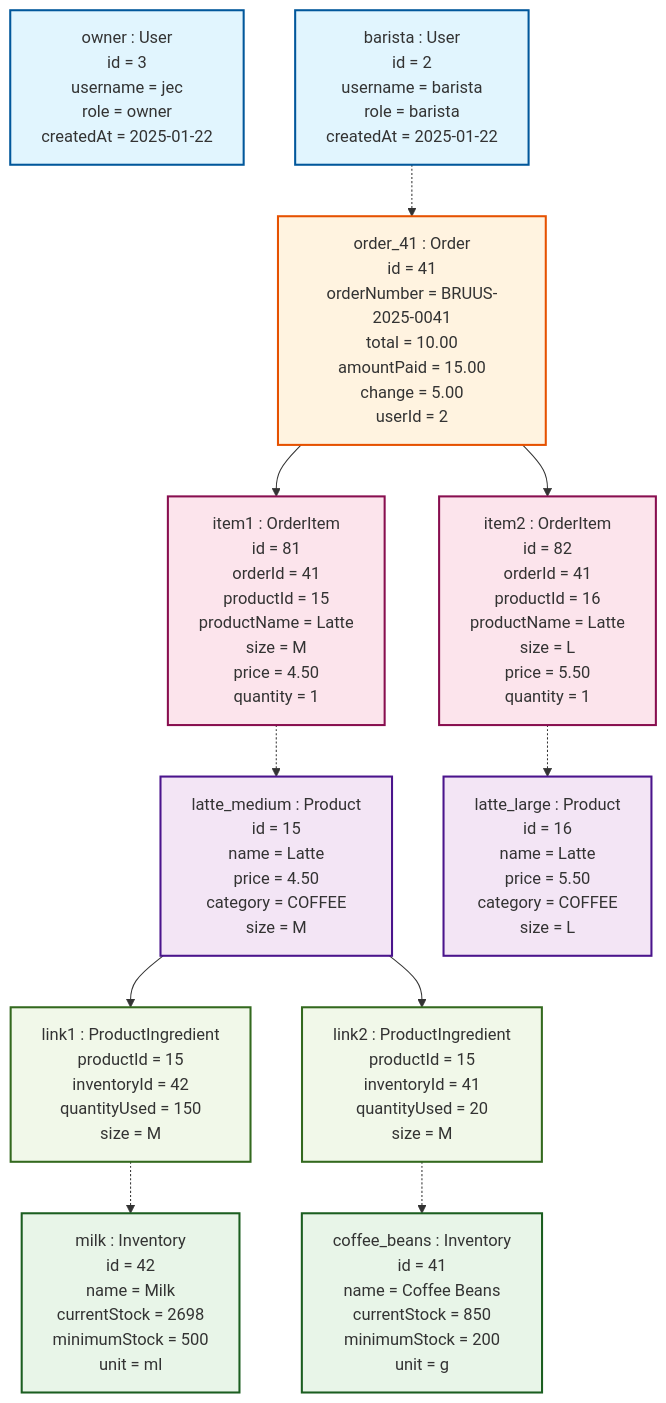
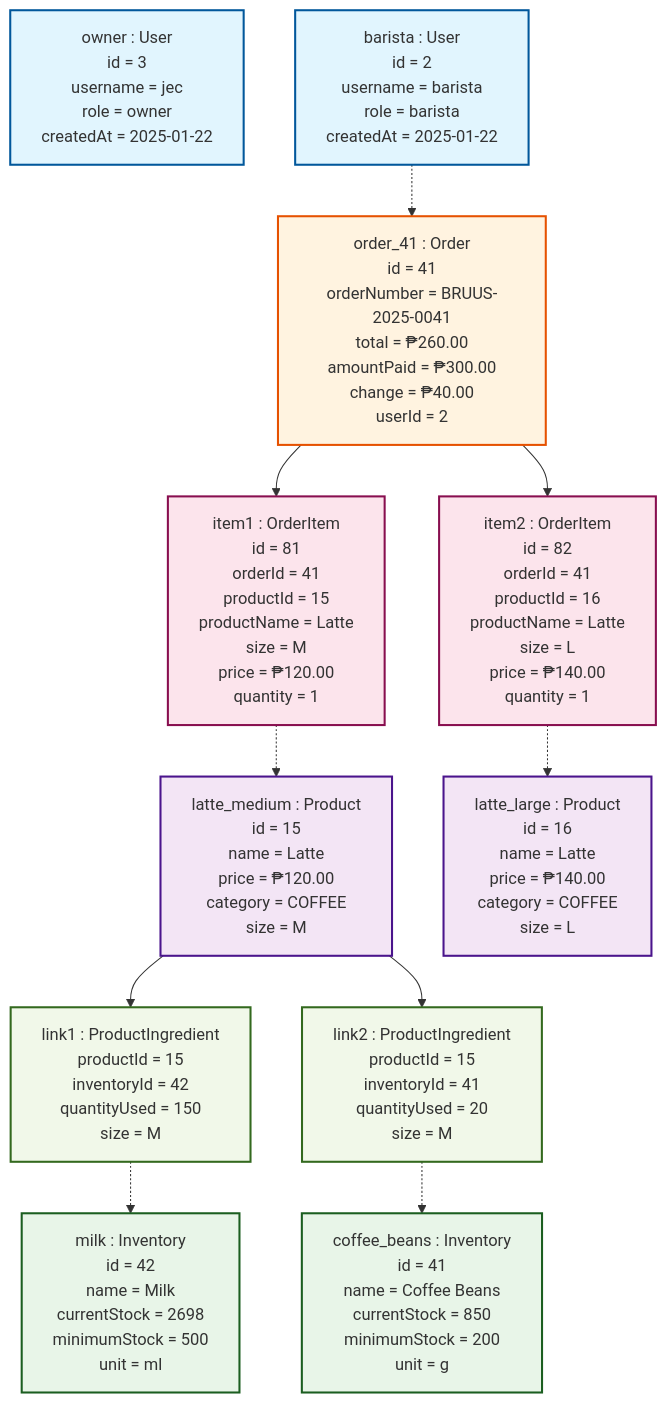
The diagram in Simplified-Object.md (koyzxc/Bruus-POS), drawn with Mermaid before and after one commit. The commit also changed other lines of this file, not shown here.

Commit message:
Update product prices to reflect the Philippine Peso currency
Update price values in `Simplified-Object.md` to Philippine Peso (₱) for product and order details.

Replit-Commit-Author: Agent
Replit-Commit-Session-Id: 1ccb90a9-3b30-496e-a54f-0304709be0e3
Replit-Commit-Screenshot-Url: https://storage.googleapis.com/screenshot-production-us-central1/7371b725-5504-493b-a086-0205a91fb09a/ec865be5-5301-4d7f-81f8-fd9af31583e0.jpg

````diff
--- a/Simplified-Object.md
+++ b/Simplified-Object.md
@@ -5,59 +5,59 @@
 ```mermaid
 graph TD
     %% User Objects
     owner["owner : User<br/>id = 3<br/>username = jec<br/>role = owner<br/>createdAt = 2025-01-22"]
     
     barista["barista : User<br/>id = 2<br/>username = barista<br/>role = barista<br/>createdAt = 2025-01-22"]
 
     %% Product Objects
-    latte_m["latte_medium : Product<br/>id = 15<br/>name = Latte<br/>price = 4.50<br/>category = COFFEE<br/>size = M"]
+    latte_m["latte_medium : Product<br/>id = 15<br/>name = Latte<br/>price = ₱120.00<br/>category = COFFEE<br/>size = M"]
     
-    latte_l["latte_large : Product<br/>id = 16<br/>name = Latte<br/>price = 5.50<br/>category = COFFEE<br/>size = L"]
+    latte_l["latte_large : Product<br/>id = 16<br/>name = Latte<br/>price = ₱140.00<br/>category = COFFEE<br/>size = L"]
 
     %% Inventory Objects
     milk["milk : Inventory<br/>id = 42<br/>name = Milk<br/>currentStock = 2698<br/>minimumStock = 500<br/>unit = ml"]
     
     coffee_beans["coffee_beans : Inventory<br/>id = 41<br/>name = Coffee Beans<br/>currentStock = 850<br/>minimumStock = 200<br/>unit = g"]
 
     %% Order Object
-    order["order_41 : Order<br/>id = 41<br/>orderNumber = BRUUS-2025-0041<br/>total = 10.00<br/>amountPaid = 15.00<br/>change = 5.00<br/>userId = 2"]
+    order["order_41 : Order<br/>id = 41<br/>orderNumber = BRUUS-2025-0041<br/>total = ₱260.00<br/>amountPaid = ₱300.00<br/>change = ₱40.00<br/>userId = 2"]
 
     %% Order Items
-    item1["item1 : OrderItem<br/>id = 81<br/>orderId = 41<br/>productId = 15<br/>productName = Latte<br/>size = M<br/>price = 4.50<br/>quantity = 1"]
+    item1["item1 : OrderItem<br/>id = 81<br/>orderId = 41<br/>productId = 15<br/>productName = Latte<br/>size = M<br/>price = ₱120.00<br/>quantity = 1"]
     
-    item2["item2 : OrderItem<br/>id = 82<br/>orderId = 41<br/>productId = 16<br/>productName = Latte<br/>size = L<br/>price = 5.50<br/>quantity = 1"]
+    item2["item2 : OrderItem<br/>id = 82<br/>orderId = 41<br/>productId = 16<br/>productName = Latte<br/>size = L<br/>price = ₱140.00<br/>quantity = 1"]
 
     %% Ingredient Links
     ingredient1["link1 : ProductIngredient<br/>productId = 15<br/>inventoryId = 42<br/>quantityUsed = 150<br/>size = M"]
     
     ingredient2["link2 : ProductIngredient<br/>productId = 15<br/>inventoryId = 41<br/>quantityUsed = 20<br/>size = M"]
 
     %% Relationships
     barista -.-> order
     order --> item1
     order --> item2
     
     item1 -.-> latte_m
     item2 -.-> latte_l
     
     latte_m --> ingredient1
     latte_m --> ingredient2
     
     ingredient1 -.-> milk
     ingredient2 -.-> coffee_beans
 
     %% Styling
     classDef user fill:#e1f5fe,stroke:#01579b,stroke-width:2px
     classDef product fill:#f3e5f5,stroke:#4a148c,stroke-width:2px
     classDef inventory fill:#e8f5e8,stroke:#1b5e20,stroke-width:2px
     classDef order fill:#fff3e0,stroke:#e65100,stroke-width:2px
     classDef item fill:#fce4ec,stroke:#880e4f,stroke-width:2px
     classDef link fill:#f1f8e9,stroke:#33691e,stroke-width:2px
 
     class owner,barista user
     class latte_m,latte_l product
     class milk,coffee_beans inventory
     class order order
     class item1,item2 item
     class ingredient1,ingredient2 link
 ```
````
